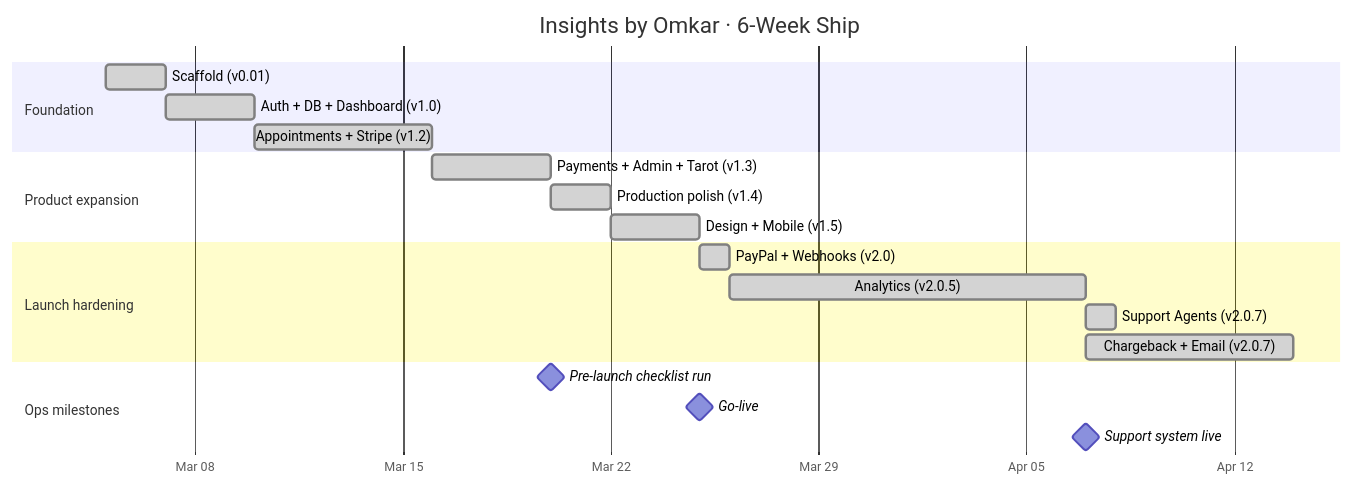
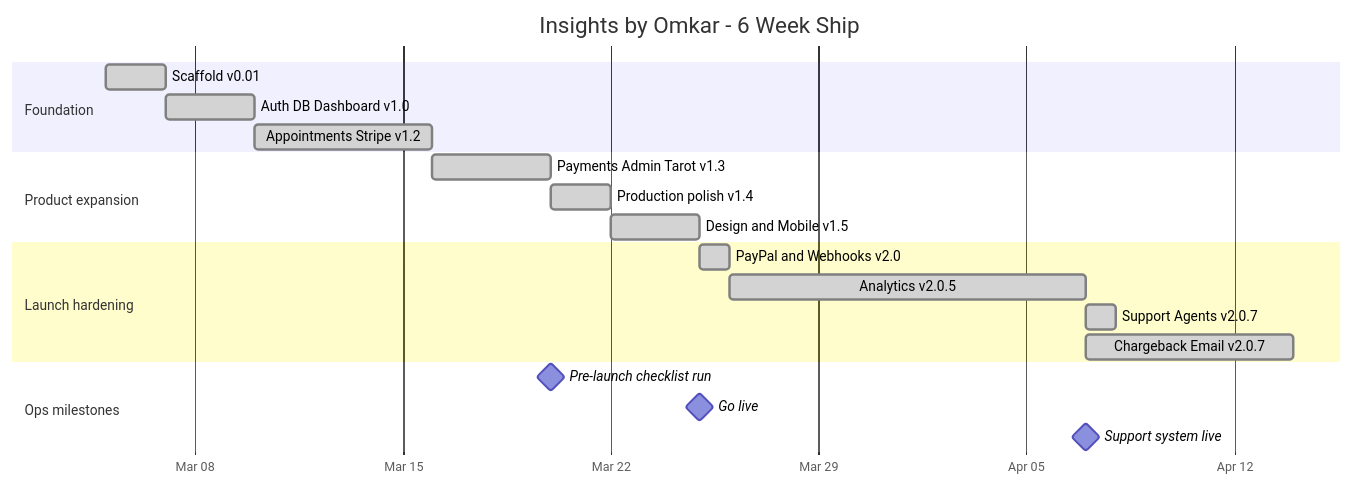
Before and after one commit to omkarjaliparthi/insights-by-omkar-case-study: the diagram in docs/06-operating-rhythm.md, drawn with Mermaid. The commit also changed 5 other files, not shown here.

Commit message:
fix: simplify mermaid syntax for GitHub renderer compatibility — remove 8-digit hex, subgraph labels, parens in gantt names

````diff
--- a/docs/06-operating-rhythm.md
+++ b/docs/06-operating-rhythm.md
@@ -32,27 +32,27 @@
 ```mermaid
 gantt
-    title Insights by Omkar · 6-Week Ship
+    title Insights by Omkar - 6 Week Ship
     dateFormat YYYY-MM-DD
     axisFormat %b %d
 
     section Foundation
-    Scaffold (v0.01)                 :done, 2026-03-05, 2d
-    Auth + DB + Dashboard (v1.0)     :done, 2026-03-07, 3d
-    Appointments + Stripe (v1.2)     :done, 2026-03-10, 6d
+    Scaffold v0.01            :done, 2026-03-05, 2d
+    Auth DB Dashboard v1.0    :done, 2026-03-07, 3d
+    Appointments Stripe v1.2  :done, 2026-03-10, 6d
 
     section Product expansion
-    Payments + Admin + Tarot (v1.3)  :done, 2026-03-16, 4d
-    Production polish (v1.4)         :done, 2026-03-20, 2d
-    Design + Mobile (v1.5)           :done, 2026-03-22, 3d
+    Payments Admin Tarot v1.3 :done, 2026-03-16, 4d
+    Production polish v1.4    :done, 2026-03-20, 2d
+    Design and Mobile v1.5    :done, 2026-03-22, 3d
 
     section Launch hardening
-    PayPal + Webhooks (v2.0)         :done, 2026-03-25, 1d
-    Analytics (v2.0.5)               :done, 2026-03-26, 12d
-    Support Agents (v2.0.7)          :done, 2026-04-07, 1d
-    Chargeback + Email (v2.0.7)     :done, 2026-04-07, 7d
+    PayPal and Webhooks v2.0  :done, 2026-03-25, 1d
+    Analytics v2.0.5          :done, 2026-03-26, 12d
+    Support Agents v2.0.7     :done, 2026-04-07, 1d
+    Chargeback Email v2.0.7   :done, 2026-04-07, 7d
 
     section Ops milestones
-    Pre-launch checklist run         :milestone, m1, 2026-03-20, 0d
-    Go-live                          :milestone, m2, 2026-03-25, 0d
-    Support system live              :milestone, m3, 2026-04-07, 0d
+    Pre-launch checklist run  :milestone, m1, 2026-03-20, 0d
+    Go live                   :milestone, m2, 2026-03-25, 0d
+    Support system live       :milestone, m3, 2026-04-07, 0d
 ```
````
